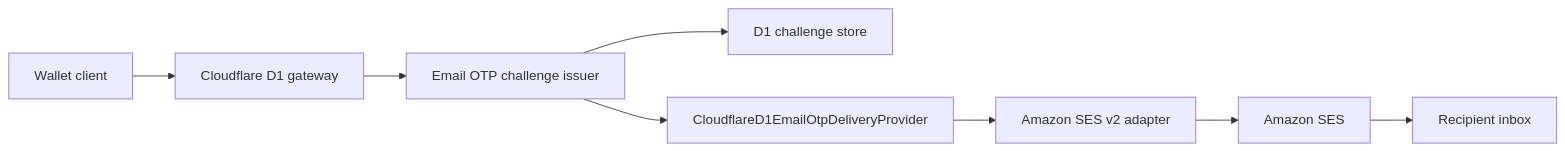
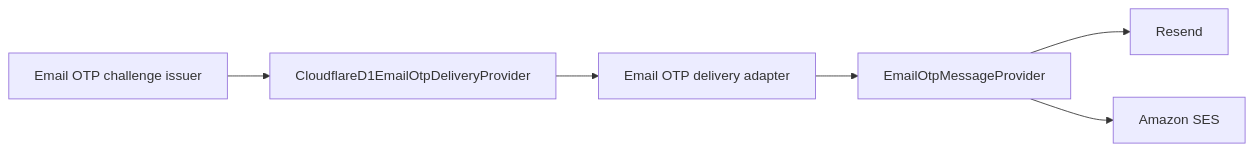
The diagram in docs/refactor-112-emails.md (seams-tech/seams-sdk), drawn with Mermaid before and after one commit. The commit also changed other lines of this file and 34 other files, not shown here.

First line of the commit message:
feat(email): add Resend delivery and welcome email (#70)

````diff
--- a/docs/refactor-112-emails.md
+++ b/docs/refactor-112-emails.md
@@ -106,10 +18,8 @@
 ```mermaid
 flowchart LR
-    Client["Wallet client"] --> Gateway["Cloudflare D1 gateway"]
-    Gateway --> Issuer["Email OTP challenge issuer"]
-    Issuer --> D1["D1 challenge store"]
-    Issuer --> Port["CloudflareD1EmailOtpDeliveryProvider"]
-    Port --> Adapter["Amazon SES v2 adapter"]
-    Adapter --> SES["Amazon SES"]
-    SES --> Inbox["Recipient inbox"]
+    Issuer["Email OTP challenge issuer"] --> Port["CloudflareD1EmailOtpDeliveryProvider"]
+    Port --> Adapter["Email OTP delivery adapter"]
+    Adapter --> MessagePort["EmailOtpMessageProvider"]
+    MessagePort --> Resend["Resend"]
+    MessagePort --> SES["Amazon SES"]
 ```
````
